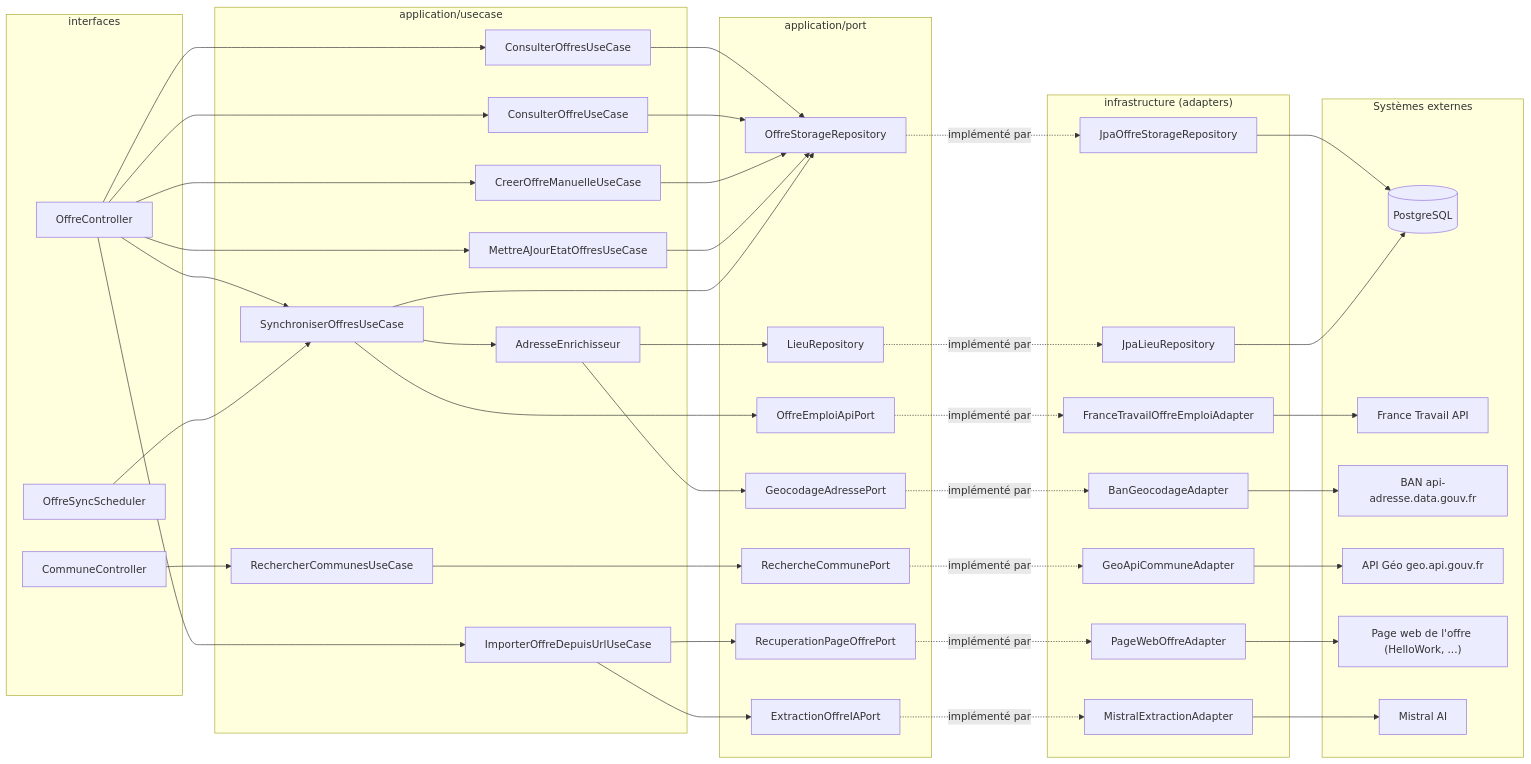
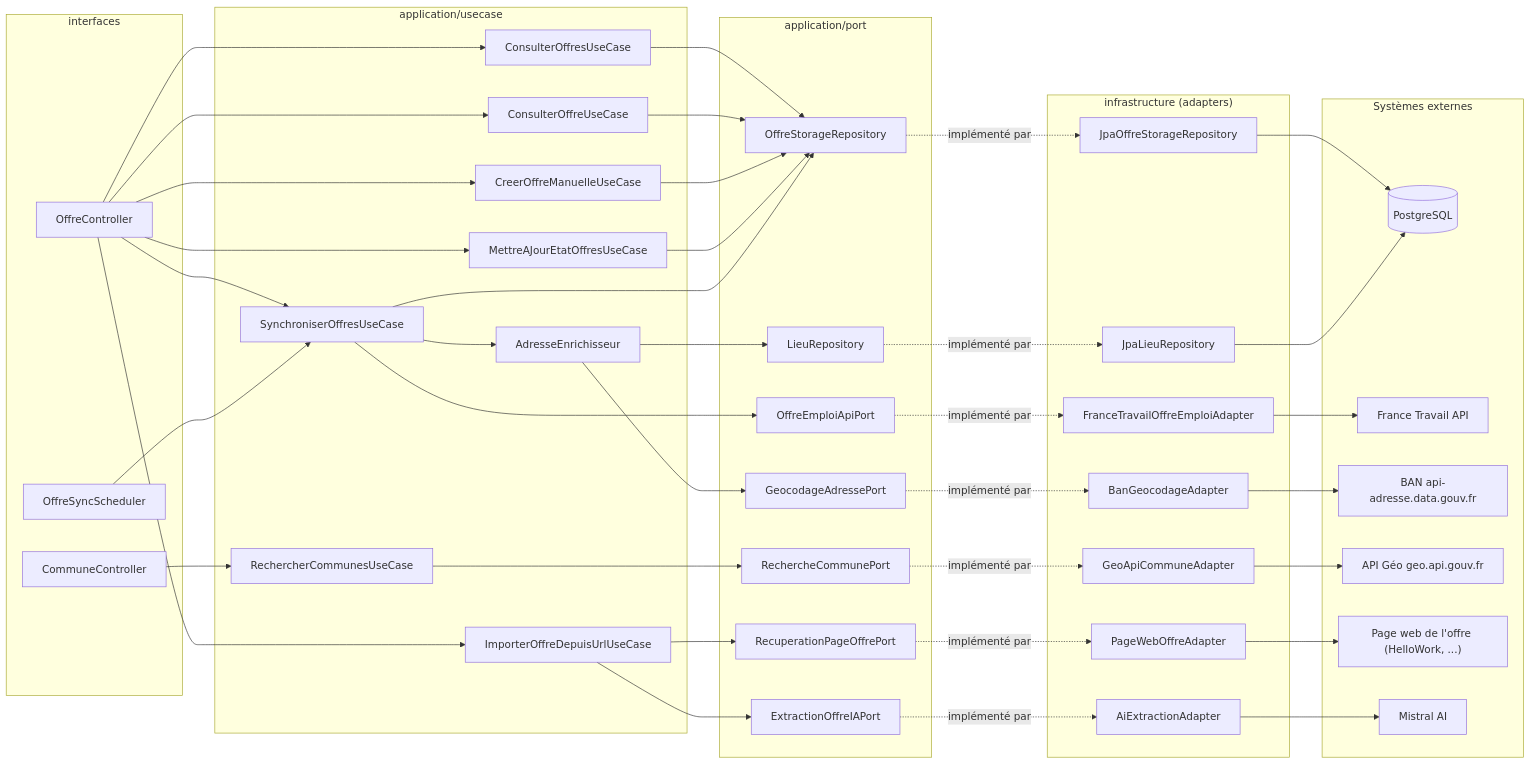
The first of 3 diagrams in README.md (job-offres-tracker/back), drawn with Mermaid before and after one commit. The commit also changed other lines of this file and 9 other files, not shown here.

````diff
--- a/README.md
+++ b/README.md
@@ -178,7 +178,7 @@
         BanGeocodageAdapter
         GeoApiCommuneAdapter
         PageWebOffreAdapter
-        MistralExtractionAdapter
+        AiExtractionAdapter
     end
 
     subgraph Externe["Systèmes externes"]
@@ -218,7 +218,7 @@
     GeocodageAdressePort -.->|implémenté par| BanGeocodageAdapter
     RechercheCommunePort -.->|implémenté par| GeoApiCommuneAdapter
     RecuperationPageOffrePort -.->|implémenté par| PageWebOffreAdapter
-    ExtractionOffreIAPort -.->|implémenté par| MistralExtractionAdapter
+    ExtractionOffreIAPort -.->|implémenté par| AiExtractionAdapter
 
     JpaOffreStorageRepository --> Postgres
     JpaLieuRepository --> Postgres
@@ -226,5 +226,5 @@
     BanGeocodageAdapter --> BAN
     GeoApiCommuneAdapter --> Geo
     PageWebOffreAdapter --> Web
-    MistralExtractionAdapter --> Mistral
+    AiExtractionAdapter --> Mistral
 ```
````
